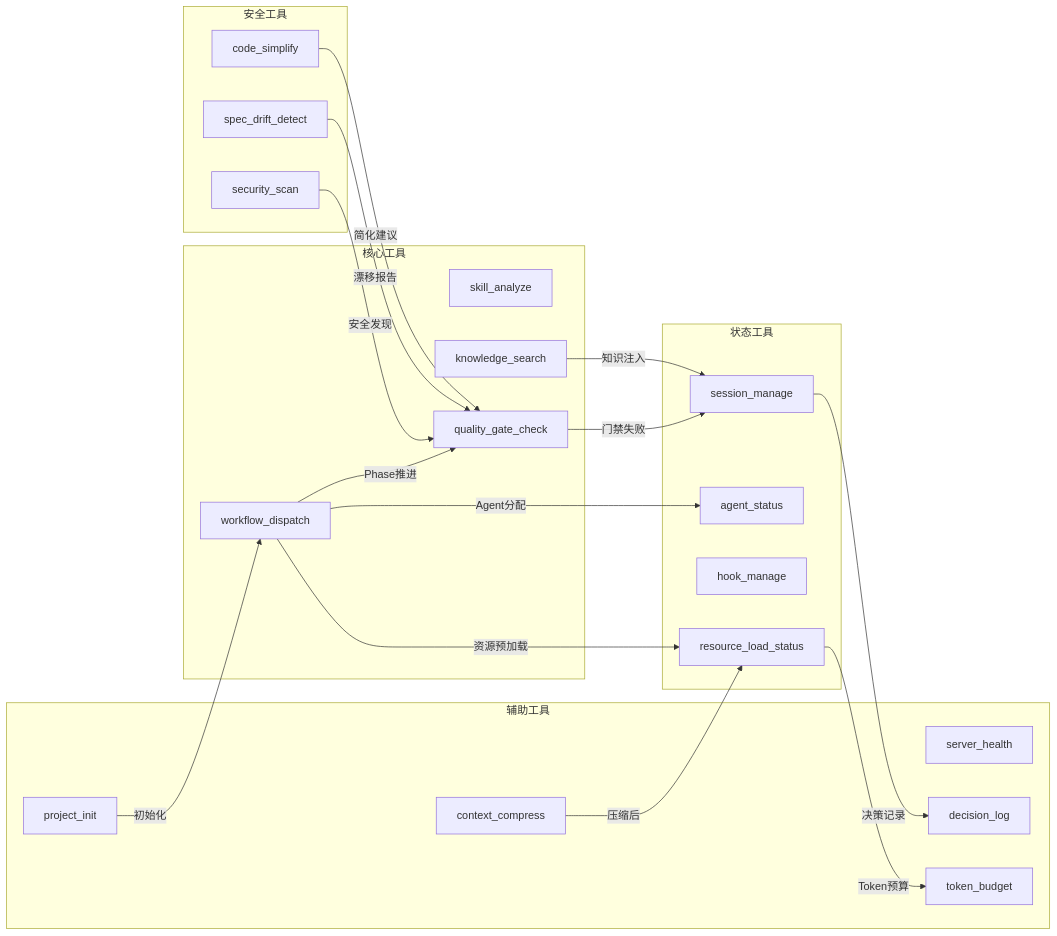
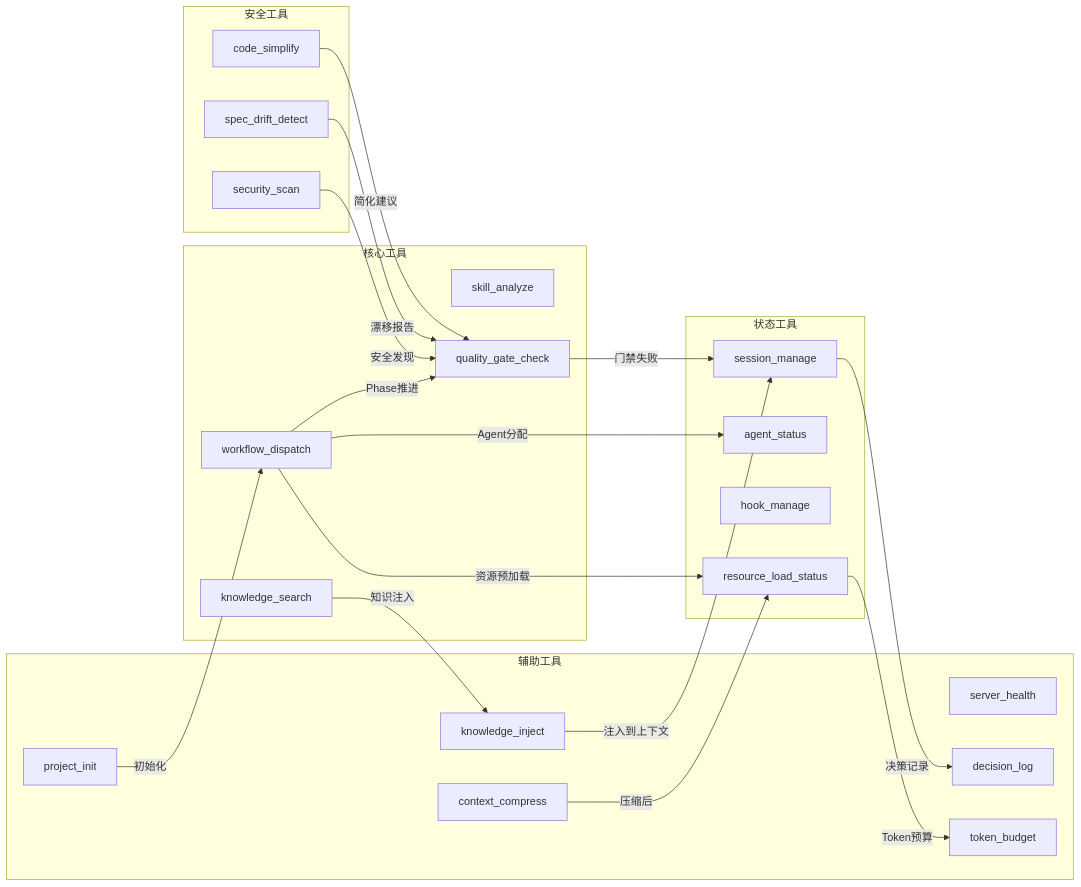
Before and after one commit to xuanyuanchumo/xuansto: the eighth of 10 diagrams in docs/plan/SKILL_REVIEW.md, drawn with Mermaid. The commit also changed other lines of this file and 7737 other files, not shown here.

````diff
--- a/docs/plan/SKILL_REVIEW.md
+++ b/docs/plan/SKILL_REVIEW.md
@@ -831,43 +861,45 @@
 ```mermaid
 graph LR
     subgraph 核心工具
         SA[skill_analyze]
         WD[workflow_dispatch]
         QGC[quality_gate_check]
         KS[knowledge_search]
     end
 
     subgraph 安全工具
         SS[security_scan]
         SDD[spec_drift_detect]
         CS[code_simplify]
     end
 
     subgraph 状态工具
         SM[session_manage]
         AS[agent_status]
         HM[hook_manage]
         RLS[resource_load_status]
     end
 
     subgraph 辅助工具
         CC[context_compress]
         SH[server_health]
         DL[decision_log]
         TB[token_budget]
+        KI[knowledge_inject]
         PI[project_init]
     end
 
-    WD -->|Phase推进| QGC
-    WD -->|Agent分配| AS
-    WD -->|资源预加载| RLS
-    QGC -->|门禁失败| SM
-    KS -->|知识注入| SM
-    SS -->|安全发现| QGC
-    SDD -->|漂移报告| QGC
-    CS -->|简化建议| QGC
-    RLS -->|Token预算| TB
-    SM -->|决策记录| DL
-    CC -->|压缩后| RLS
-    PI -->|初始化| WD
+    WD -->|"Phase推进"| QGC
+    WD -->|"Agent分配"| AS
+    WD -->|"资源预加载"| RLS
+    QGC -->|"门禁失败"| SM
+    KS -->|"知识注入"| KI
+    KI -->|"注入到上下文"| SM
+    SS -->|"安全发现"| QGC
+    SDD -->|"漂移报告"| QGC
+    CS -->|"简化建议"| QGC
+    RLS -->|"Token预算"| TB
+    SM -->|"决策记录"| DL
+    CC -->|"压缩后"| RLS
+    PI -->|"初始化"| WD
 ```
````
